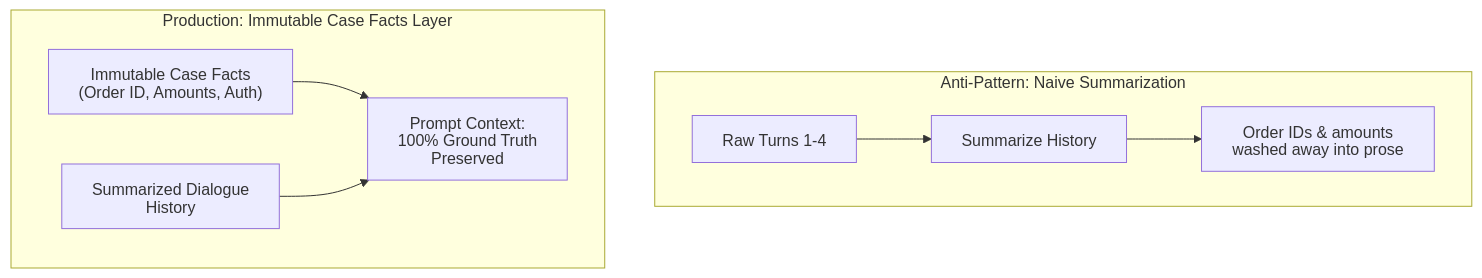
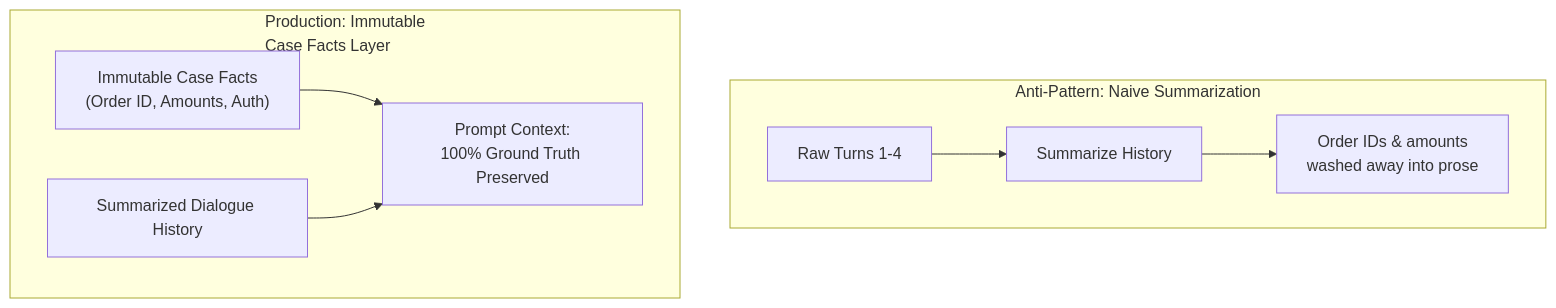
One commit to dip4k/claude_cert_architect_foundation_prep changed the second of 6 diagrams in domain5/KEY_CONCEPTS.md. Above: the diagram before and after it, drawn with Mermaid. The commit also changed other lines of this file and 99 other files, not shown here.

````diff
--- a/domain5/KEY_CONCEPTS.md
+++ b/domain5/KEY_CONCEPTS.md
@@ -72,17 +68,13 @@
 ```mermaid
----
-config:
-  htmlLabels: false
----
 flowchart TD
     subgraph Bad["Anti-Pattern: Naive Summarization"]
         B1["Raw Turns 1-4"] --> B2["Summarize History"]
         B2 --> B3["Order IDs & amounts<br>washed away into prose"]
     end
 
-    subgraph Good["Production: Immutable Case Facts Layer"]
+    subgraph Good["Production: Immutable<br>Case Facts Layer"]
         G1["Immutable Case Facts<br>(Order ID, Amounts, Auth)"]
         G2["Summarized Dialogue History"]
         G1 & G2 --> G3["Prompt Context:<br>100% Ground Truth Preserved"]
     end
 ```
````
